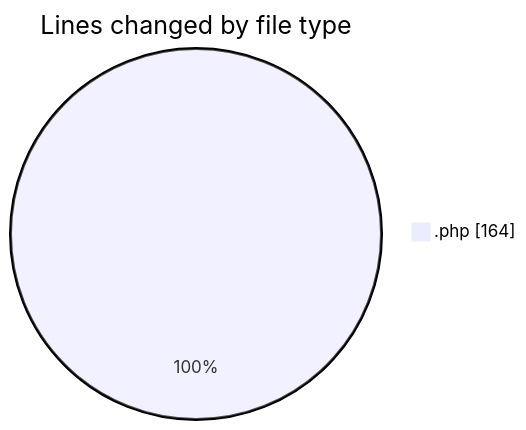
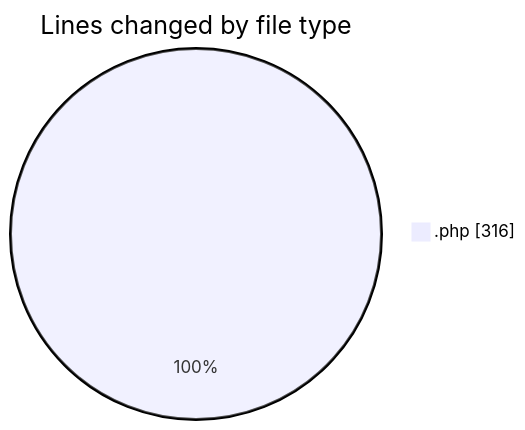
The first of 2 diagrams in 2026-09-14/web/README.md (LanceThiago/code-tracking), drawn with Mermaid before and after one commit. The commit also changed other lines of this file and 1 other file, not shown here.

````diff
--- a/2026-09-14/web/README.md
+++ b/2026-09-14/web/README.md
@@ -20,5 +21,5 @@
 ```mermaid
 pie showData
 title Lines changed by file type
-".php" : 164
+".php" : 316
 ```
````
